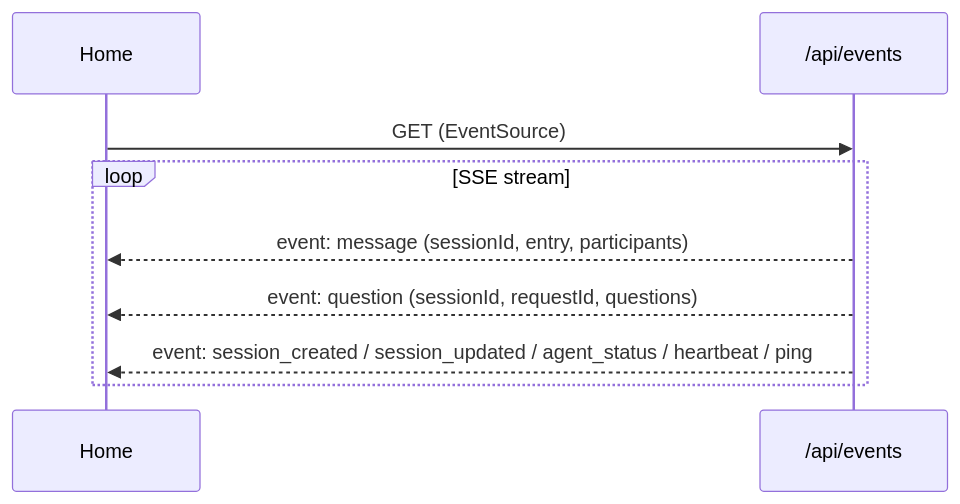
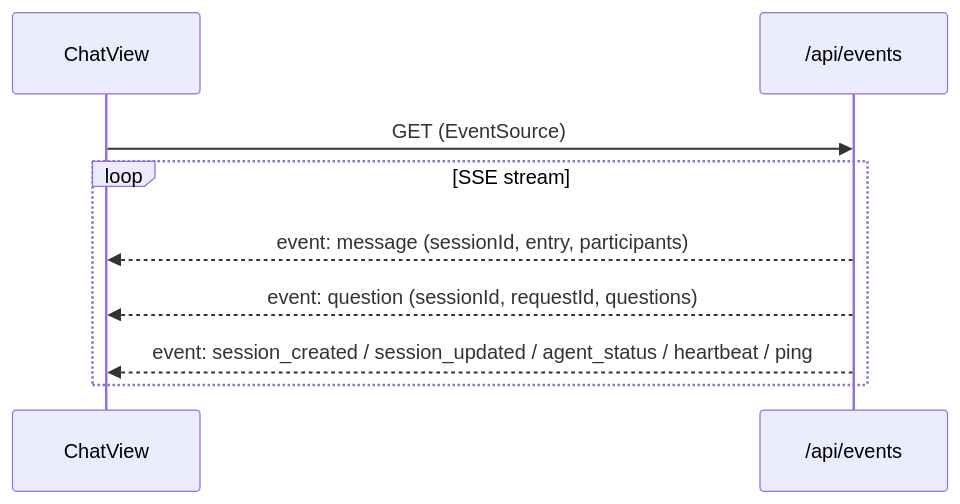
The fourth of 4 diagrams in docs/architecture/frontend-architecture.md (GarrettFleischer/maia), drawn with Mermaid before and after one commit. The commit also changed other lines of this file and 12 other files, not shown here.

First line of the commit message:
docs: architecture and defaults updates

````diff
--- a/docs/architecture/frontend-architecture.md
+++ b/docs/architecture/frontend-architecture.md
@@ -195,12 +207,12 @@
 ```mermaid
 sequenceDiagram
-  participant Home
+  participant ChatView
   participant Events as /api/events
 
-  Home->>Events: GET (EventSource)
+  ChatView->>Events: GET (EventSource)
   loop SSE stream
-  Events-->>Home: event: message (sessionId, entry, participants)
-  Events-->>Home: event: question (sessionId, requestId, questions)
-  Events-->>Home: event: session_created / session_updated / agent_status / heartbeat / ping
+  Events-->>ChatView: event: message (sessionId, entry, participants)
+  Events-->>ChatView: event: question (sessionId, requestId, questions)
+  Events-->>ChatView: event: session_created / session_updated / agent_status / heartbeat / ping
   end
 ```
````
